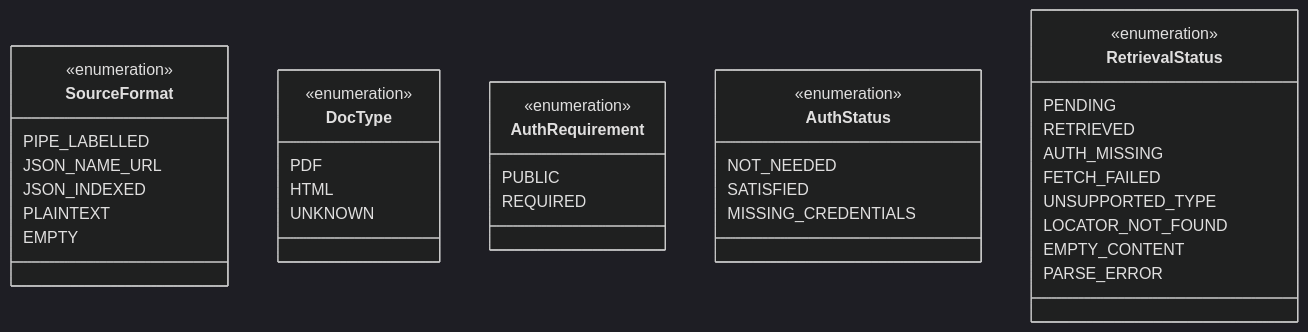
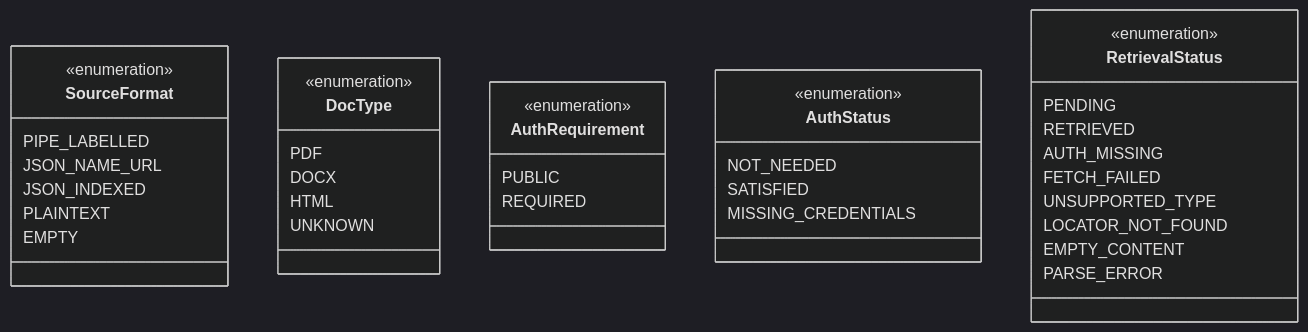
One commit to jmanuelc87/scorekeeper changed the second of 4 diagrams in docs/retrieval-taxonomy.md. Above: the diagram before and after it, drawn with Mermaid (dark theme). The commit also changed other lines of this file and 35 other files, not shown here.

````diff
--- a/docs/retrieval-taxonomy.md
+++ b/docs/retrieval-taxonomy.md
@@ -94,39 +95,40 @@
 ```mermaid
 classDiagram
     class SourceFormat {
         <<enumeration>>
         PIPE_LABELLED
         JSON_NAME_URL
         JSON_INDEXED
         PLAINTEXT
         EMPTY
     }
     class DocType {
         <<enumeration>>
         PDF
+        DOCX
         HTML
         UNKNOWN
     }
     class AuthRequirement {
         <<enumeration>>
         PUBLIC
         REQUIRED
     }
     class AuthStatus {
         <<enumeration>>
         NOT_NEEDED
         SATISFIED
         MISSING_CREDENTIALS
     }
     class RetrievalStatus {
         <<enumeration>>
         PENDING
         RETRIEVED
         AUTH_MISSING
         FETCH_FAILED
         UNSUPPORTED_TYPE
         LOCATOR_NOT_FOUND
         EMPTY_CONTENT
         PARSE_ERROR
     }
 ```
````
